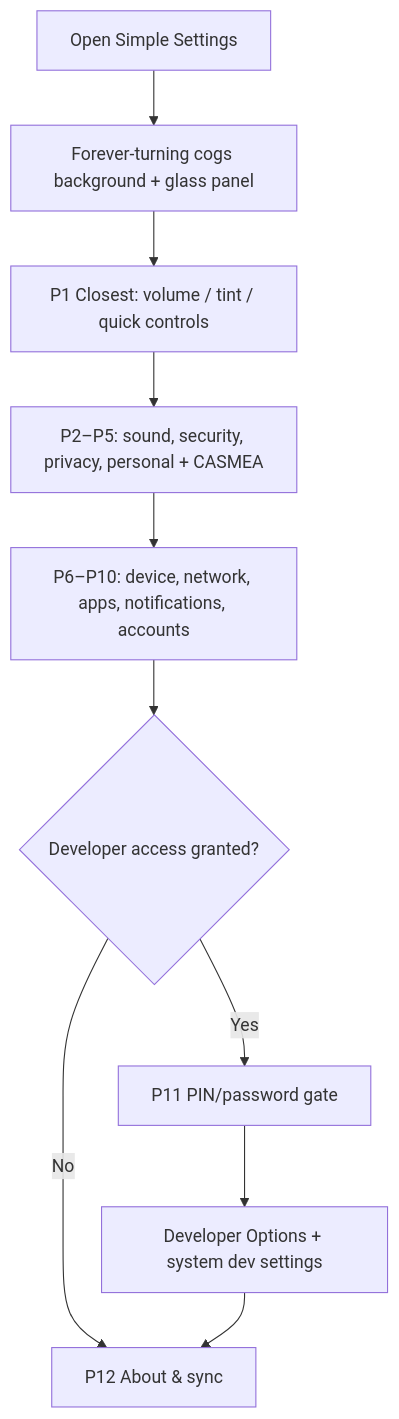
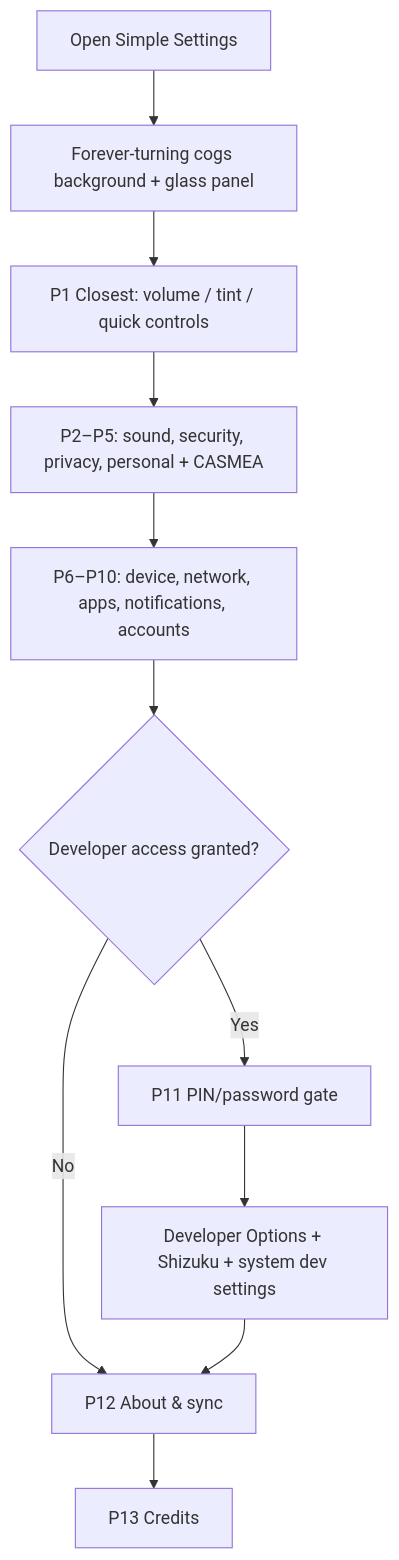
One commit to Cowlsly/cowlsly_console_simple_settings_repo_03 changed the diagram in dev/dat/doc/SIMPLE_SETTINGS_VISION.md. Above: the diagram before and after it, drawn with Mermaid. The commit also changed other lines of this file and 69 other files, not shown here.

````diff
--- a/dev/dat/doc/SIMPLE_SETTINGS_VISION.md
+++ b/dev/dat/doc/SIMPLE_SETTINGS_VISION.md
@@ -54,12 +65,13 @@
 ```mermaid
 flowchart TD
     A[Open Simple Settings] --> B[Forever-turning cogs background + glass panel]
     B --> C[P1 Closest: volume / tint / quick controls]
     C --> D[P2–P5: sound, security, privacy, personal + CASMEA]
     D --> E[P6–P10: device, network, apps, notifications, accounts]
     E --> F{Developer access granted?}
     F -- No --> G[P12 About & sync]
     F -- Yes --> H[P11 PIN/password gate]
-    H --> I[Developer Options + system dev settings]
+    H --> I[Developer Options + Shizuku + system dev settings]
     I --> G
+    G --> J[P13 Credits]
 ```
````
